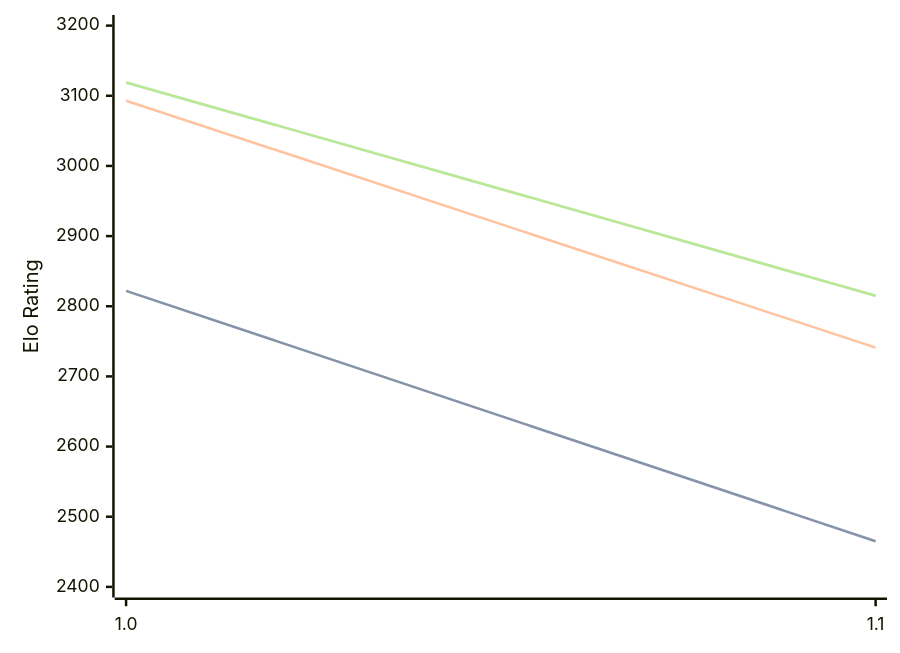
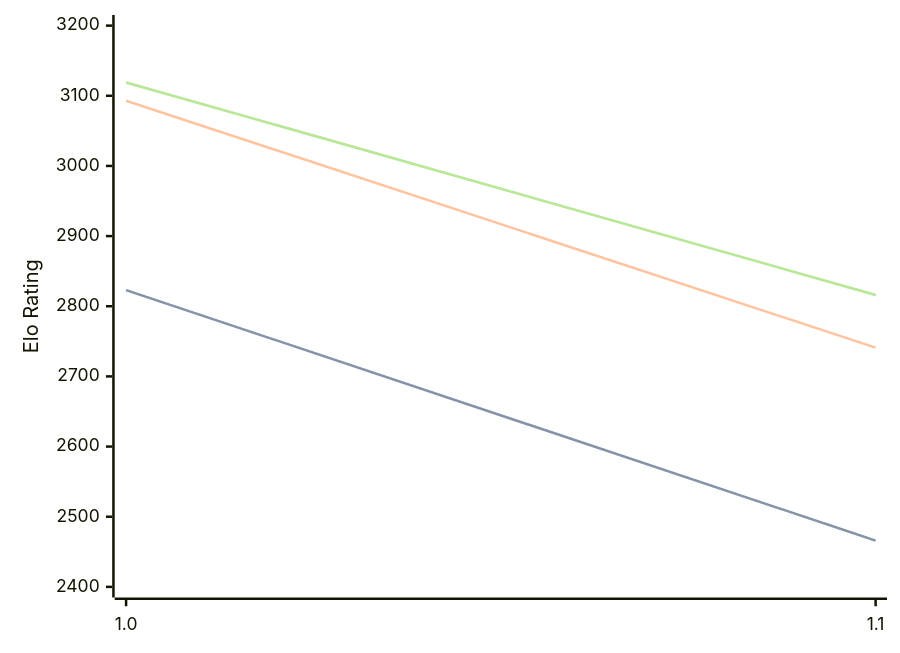
The first of 3 diagrams in engines/Publius.md (computer-chess-index/cci), drawn with Mermaid before and after one commit. The commit also changed other lines of this file, not shown here.

Commit message:
Update CCI Ratings (ELO VLTC) - 2026-06-15

````diff
--- a/engines/Publius.md
+++ b/engines/Publius.md
@@ -32,11 +32,11 @@
 ```mermaid
 %%{init: {"theme":"base","themeVariables":{"seriesColors:['#a3a3a3','#222221','#faa371']}}}%%
 xychart-beta
   x-axis ["1.0", "1.1"]
   y-axis "Elo Rating" 2400 --> 3200
-  line "STC (8.0+0.08s)" [2822, 2465]
-  line "STC (8.0+0.08s)" [2822, 2465]
+  line "STC (8.0+0.08s)" [2823, 2466]
+  line "STC (8.0+0.08s)" [2823, 2466]
   line "LTC (60.0+0.60s)" [3093, 2741]
-  line "VLTC (2m24s+1.12s)" [3119, 2815]
-  line "VLTC (2m24s+1.12s)" [3119, 2815]
+  line "VLTC (2m24s+1.12s)" [3119, 2816]
+  line "VLTC (2m24s+1.12s)" [3119, 2816]
 ```
````
